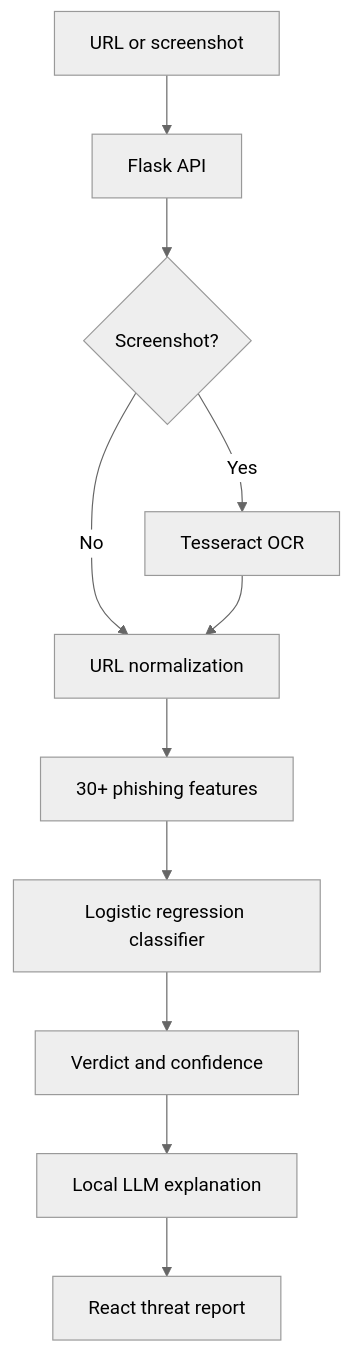
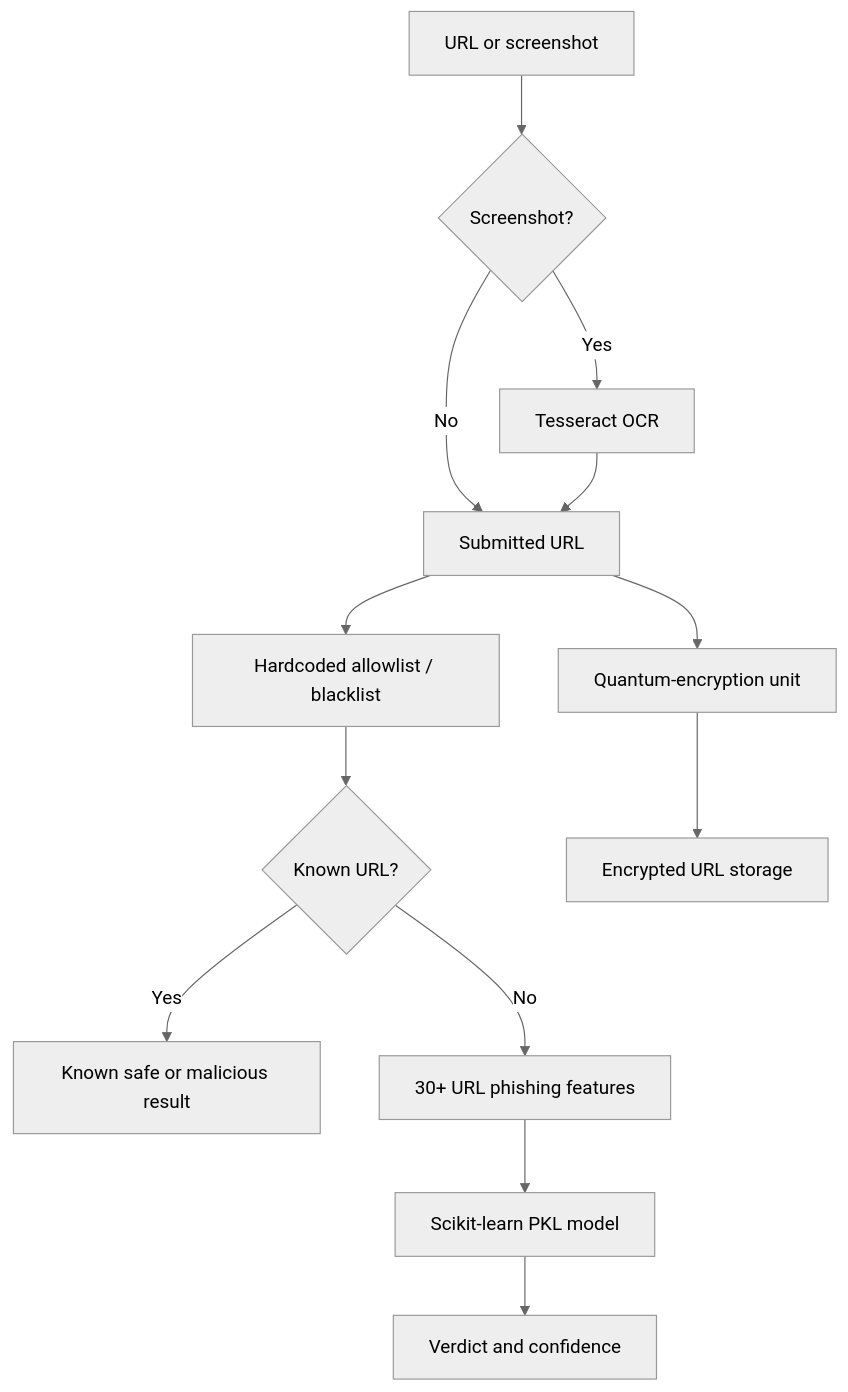
Before and after one commit to shreyakembhavi/SafeClick---Hackathon-Project: the diagram in README.md, drawn with Mermaid (neutral theme). The commit also changed other lines of this file, not shown here.

Commit message:
docs: correct hackathon architecture and feature scope

````diff
--- a/README.md
+++ b/README.md
@@ -31,13 +27,15 @@
 ```mermaid
 flowchart TD
-    A["URL or screenshot"] --> B["Flask API"]
-    B --> C{"Screenshot?"}
-    C -- Yes --> D["Tesseract OCR"]
-    C -- No --> E["URL normalization"]
-    D --> E
-    E --> F["30+ phishing features"]
-    F --> G["Logistic regression classifier"]
-    G --> H["Verdict and confidence"]
-    H --> I["Local LLM explanation"]
-    I --> J["React threat report"]
+    A["URL or screenshot"] --> B{"Screenshot?"}
+    B -- Yes --> C["Tesseract OCR"]
+    B -- No --> D["Submitted URL"]
+    C --> D
+    D --> E["Hardcoded allowlist / blacklist"]
+    E --> F{"Known URL?"}
+    F -- Yes --> G["Known safe or malicious result"]
+    F -- No --> H["30+ URL phishing features"]
+    H --> I["Scikit-learn PKL model"]
+    I --> J["Verdict and confidence"]
+    D --> K["Quantum-encryption unit"]
+    K --> L["Encrypted URL storage"]
 ```
````
